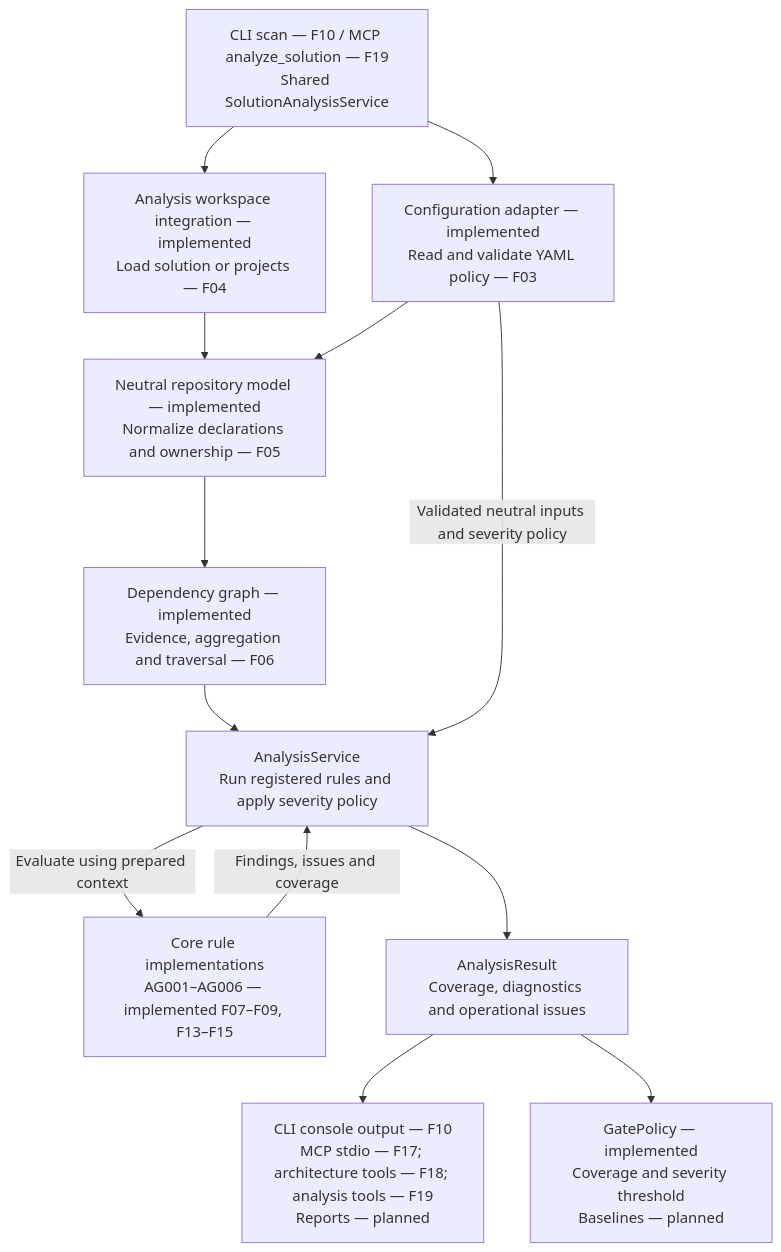
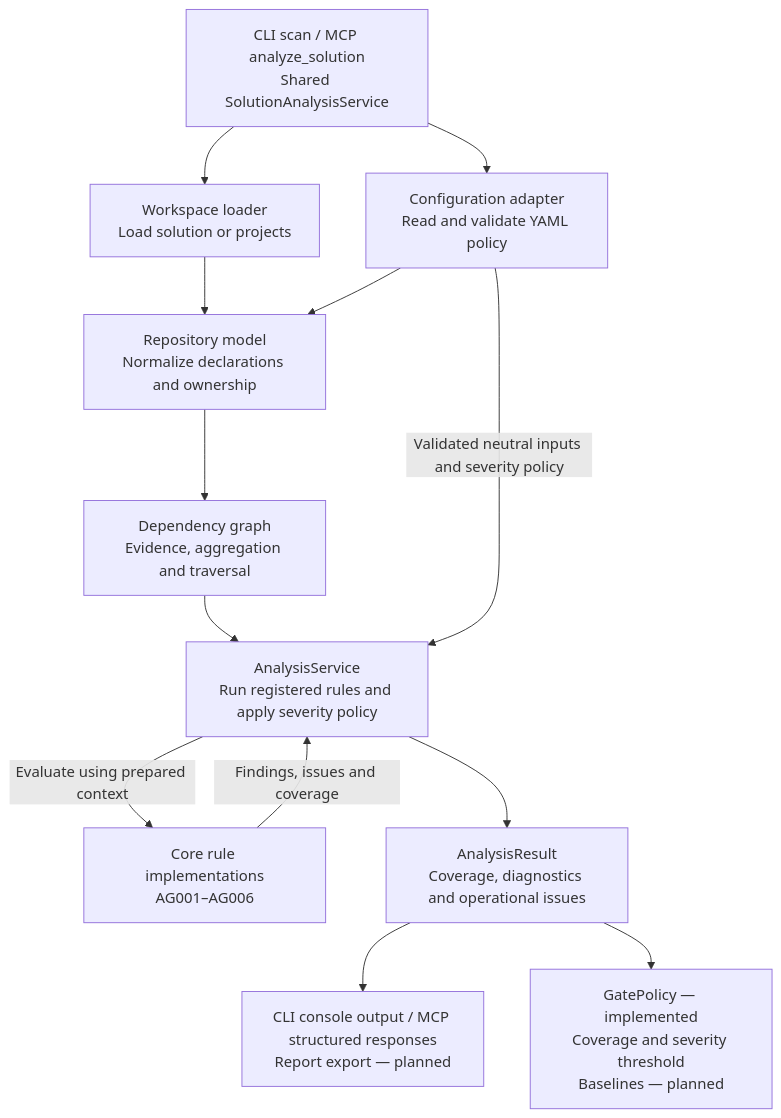
One commit to kbourzayq/arch-guard changed the second of 3 diagrams in docs/architecture/overview.md. Above: the diagram before and after it, drawn with Mermaid. The commit also changed other lines of this file and 18 other files, not shown here.

````diff
--- a/docs/architecture/overview.md
+++ b/docs/architecture/overview.md
@@ -152,26 +148,26 @@
 ```mermaid
 flowchart TD
-    Host["CLI scan — F10 / MCP analyze_solution — F19<br/>Shared SolutionAnalysisService"]
-    Configuration["Configuration adapter — implemented<br/>Read and validate YAML policy — F03"]
-    Workspace["Analysis workspace integration — implemented<br/>Load solution or projects — F04"]
-    Context["Neutral repository model — implemented<br/>Normalize declarations and ownership — F05"]
-    Graph["Dependency graph — implemented<br/>Evidence, aggregation and traversal — F06"]
+    Host["CLI scan / MCP analyze_solution<br/>Shared SolutionAnalysisService"]
+    Configuration["Configuration adapter<br/>Read and validate YAML policy"]
+    Workspace["Workspace loader<br/>Load solution or projects"]
+    Context["Repository model<br/>Normalize declarations and ownership"]
+    Graph["Dependency graph<br/>Evidence, aggregation and traversal"]
     Service["AnalysisService<br/>Run registered rules and apply severity policy"]
-    Rules["Core rule implementations<br/>AG001–AG006 — implemented F07–F09, F13–F15"]
+    Rules["Core rule implementations<br/>AG001–AG006"]
     Result["AnalysisResult<br/>Coverage, diagnostics and operational issues"]
-    Output["CLI console output — F10<br/>MCP stdio — F17; architecture tools — F18; analysis tools — F19<br/>Reports — planned"]
+    Output["CLI console output / MCP structured responses<br/>Report export — planned"]
     Gate["GatePolicy — implemented<br/>Coverage and severity threshold<br/>Baselines — planned"]
 
     Host --> Configuration
     Host --> Workspace
     Workspace --> Context
     Configuration --> Context
     Context --> Graph
     Graph --> Service
     Configuration -->|"Validated neutral inputs and severity policy"| Service
     Service -->|"Evaluate using prepared context"| Rules
     Rules -->|"Findings, issues and coverage"| Service
     Service --> Result
     Result --> Output
     Result --> Gate
 ```
````
